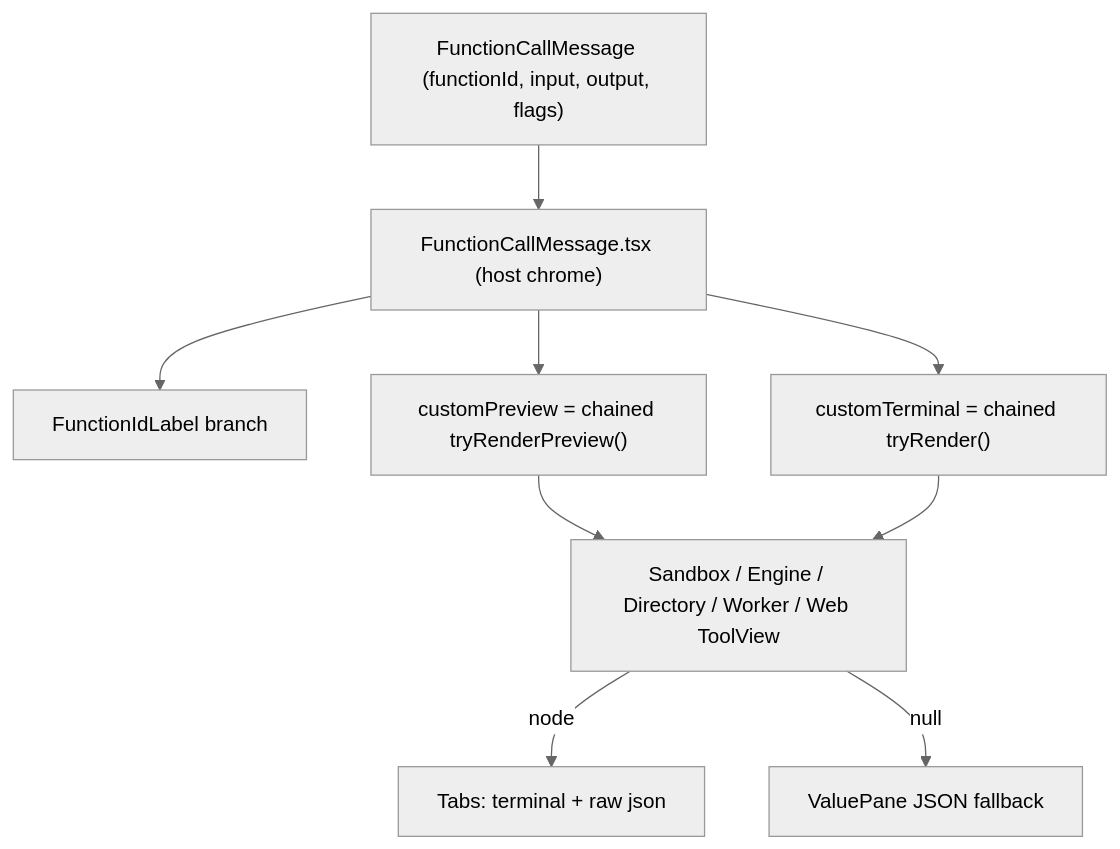
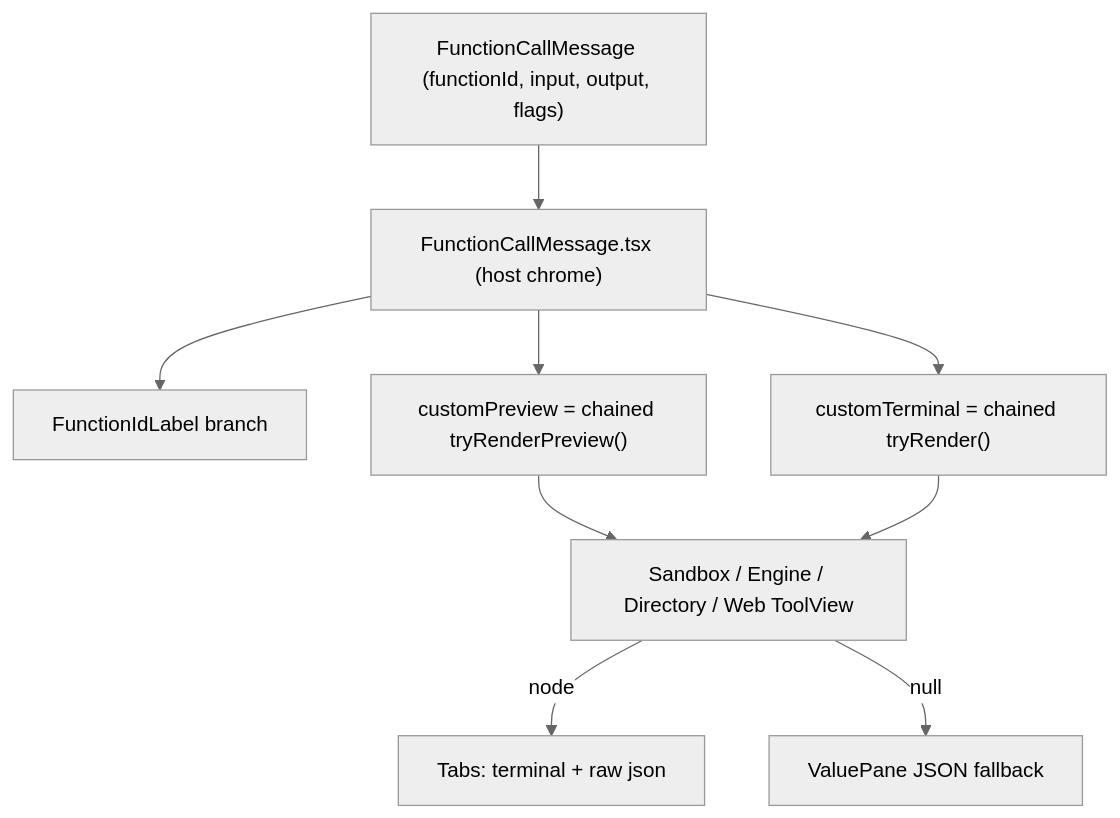
Before and after one commit to iii-hq/workers: the diagram in ade/docs/custom-function-call-message.md, drawn with Mermaid (neutral theme). The commit also changed other lines of this file and 322 other files, not shown here.

First line of the commit message:
feat(sandbox): move the sandbox consumers to the engine router (MOT-5513) (#1517)

````diff
--- a/ade/docs/custom-function-call-message.md
+++ b/ade/docs/custom-function-call-message.md
@@ -44,20 +43,20 @@
 ```mermaid
 flowchart TB
   msg["FunctionCallMessage (functionId, input, output, flags)"]
   host["FunctionCallMessage.tsx (host chrome)"]
   label["FunctionIdLabel branch"]
   preview["customPreview = chained tryRenderPreview()"]
   terminal["customTerminal = chained tryRender()"]
-  families["Sandbox / Engine / Directory / Worker / Web ToolView"]
+  families["Sandbox / Engine / Directory / Web ToolView"]
   json["ValuePane JSON fallback"]
   tabs["Tabs: terminal + raw json"]
 
   msg --> host
   host --> label
   host --> preview
   host --> terminal
   preview --> families
   terminal --> families
   families -->|"node"| tabs
   families -->|"null"| json
 ```
````
